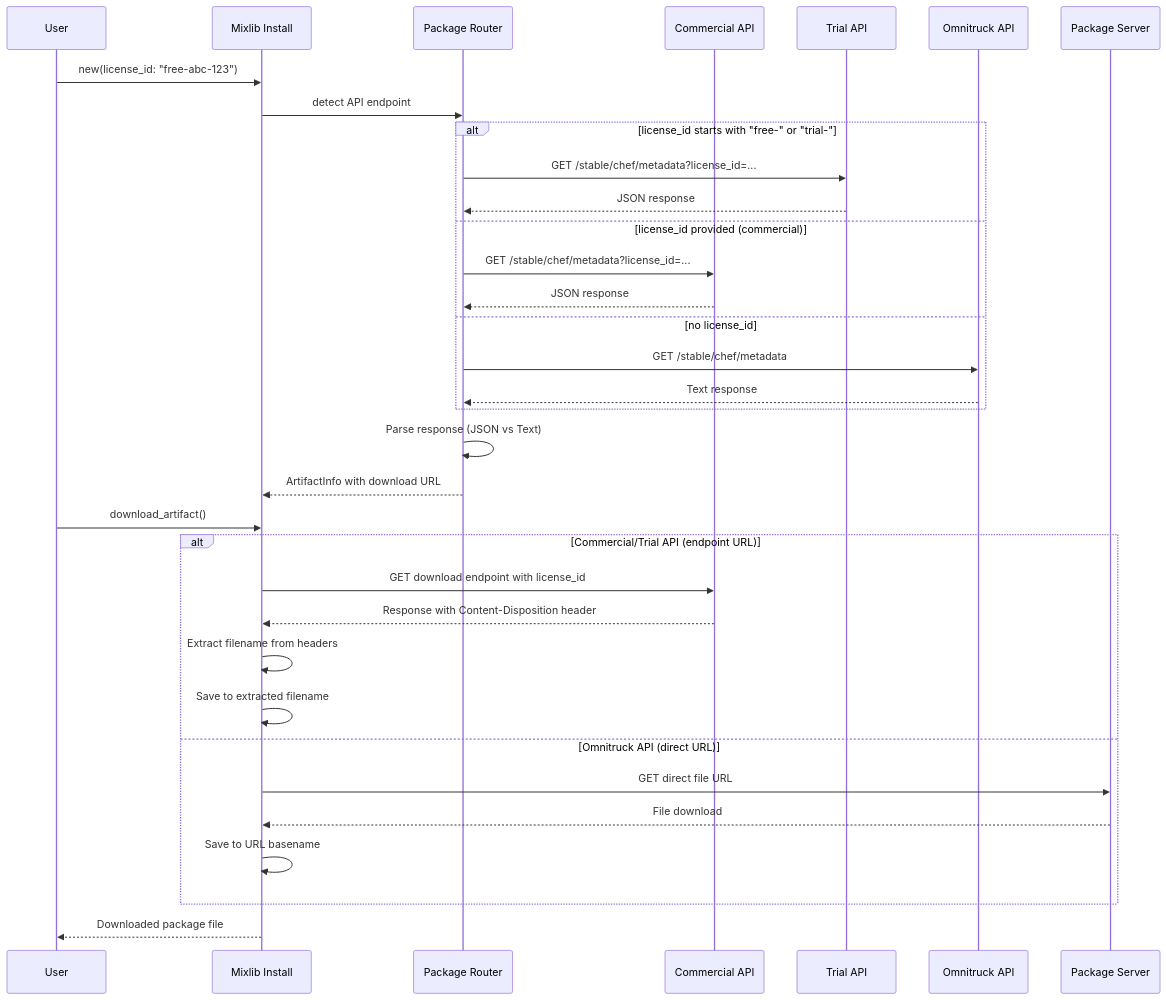
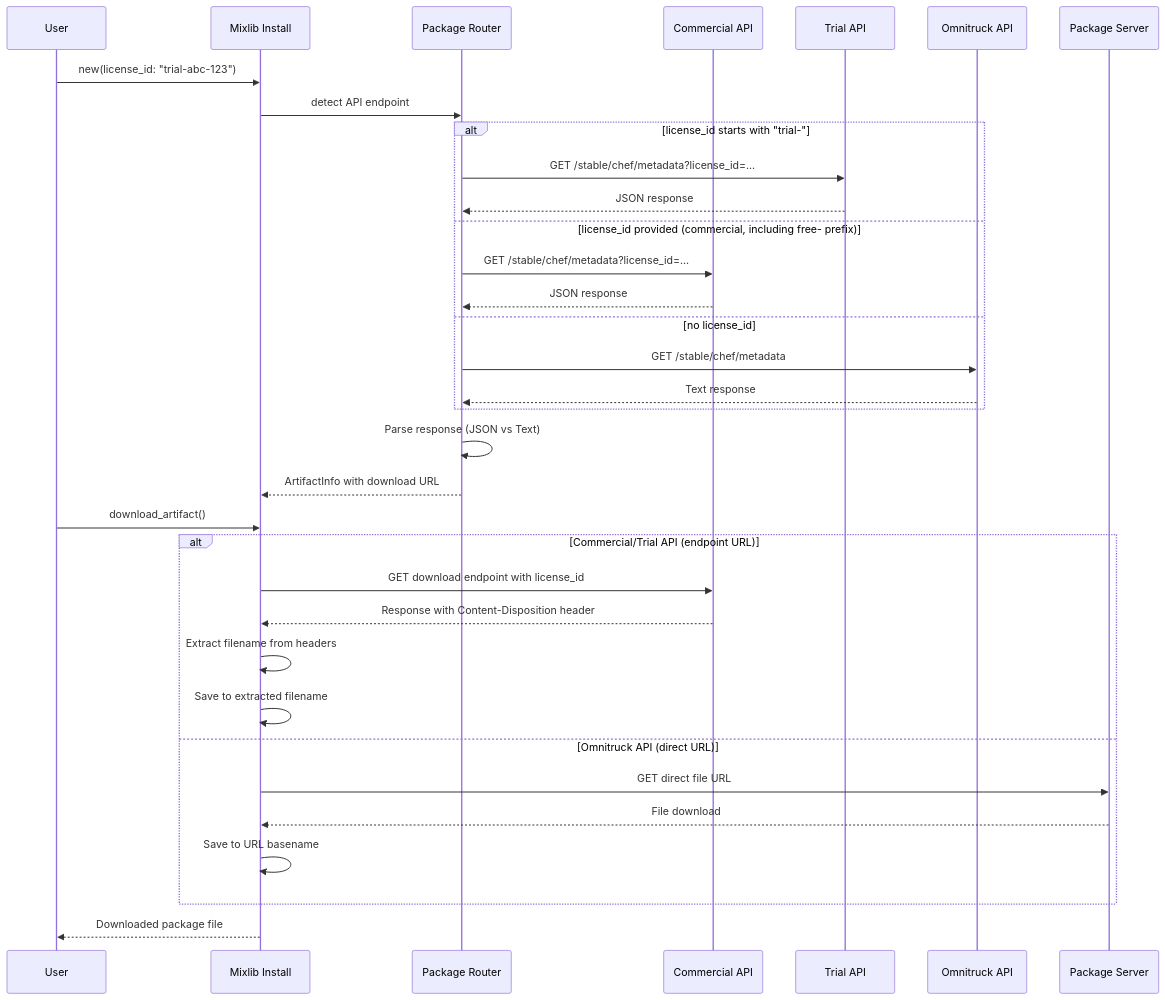
One commit to chef/mixlib-install changed the diagram in ADR/adr0001.md. Above: the diagram before and after it, drawn with Mermaid. The commit also changed other lines of this file and 15 other files, not shown here.

Commit message:
remove free- prefix from trial api endpoint url resolution (#428)

````diff
--- a/ADR/adr0001.md
+++ b/ADR/adr0001.md
@@ -344,41 +344,41 @@
 ```mermaid
 sequenceDiagram
     participant User
     participant Mixlib Install
     participant Package Router
     participant Commercial API
     participant Trial API
     participant Omnitruck API
 
-    User->>Mixlib Install: new(license_id: "free-abc-123")
+    User->>Mixlib Install: new(license_id: "trial-abc-123")
     Mixlib Install->>Package Router: detect API endpoint
 
-    alt license_id starts with "free-" or "trial-"
+    alt license_id starts with "trial-"
         Package Router->>Trial API: GET /stable/chef/metadata?license_id=...
         Trial API-->>Package Router: JSON response
-    else license_id provided (commercial)
+    else license_id provided (commercial, including free- prefix)
         Package Router->>Commercial API: GET /stable/chef/metadata?license_id=...
         Commercial API-->>Package Router: JSON response
     else no license_id
         Package Router->>Omnitruck API: GET /stable/chef/metadata
         Omnitruck API-->>Package Router: Text response
     end
 
     Package Router->>Package Router: Parse response (JSON vs Text)
     Package Router-->>Mixlib Install: ArtifactInfo with download URL
 
     User->>Mixlib Install: download_artifact()
 
     alt Commercial/Trial API (endpoint URL)
         Mixlib Install->>Commercial API: GET download endpoint with license_id
         Commercial API-->>Mixlib Install: Response with Content-Disposition header
         Mixlib Install->>Mixlib Install: Extract filename from headers
         Mixlib Install->>Mixlib Install: Save to extracted filename
     else Omnitruck API (direct URL)
         Mixlib Install->>Package Server: GET direct file URL
         Package Server-->>Mixlib Install: File download
         Mixlib Install->>Mixlib Install: Save to URL basename
     end
 
     Mixlib Install-->>User: Downloaded package file
 ```
````
